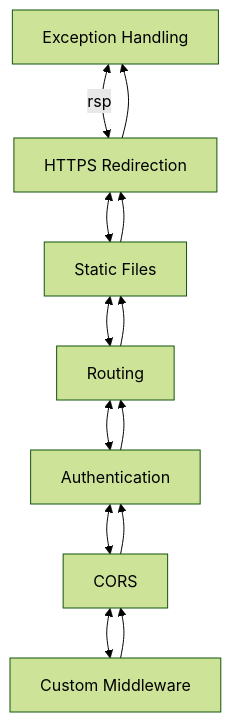
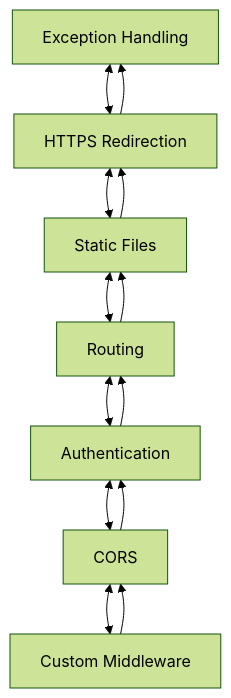
The diagram in MiddlewareMermaid/graphTD3.md (Rick-Anderson/MiddlewareMermaid), drawn with Mermaid (forest theme) before and after one commit.

````diff
--- a/MiddlewareMermaid/graphTD3.md
+++ b/MiddlewareMermaid/graphTD3.md
@@ -1,19 +1,19 @@
 ```mermaid
 graph TD;
-    A[Exception Handling] <-->|rsp| B[HTTPS Redirection];
+    A[Exception Handling] <-->| | B[HTTPS Redirection];
     B <--> C[Static Files];
     C <--> D[Routing];
     D <--> E[Authentication];
     E <--> F[CORS];
     F <--> G[Custom Middleware];
     
     
     C --> B;
     D --> C;
     E --> D;
     F --> E;
     G --> F;
     B --> A;
 
 
 ```
````
